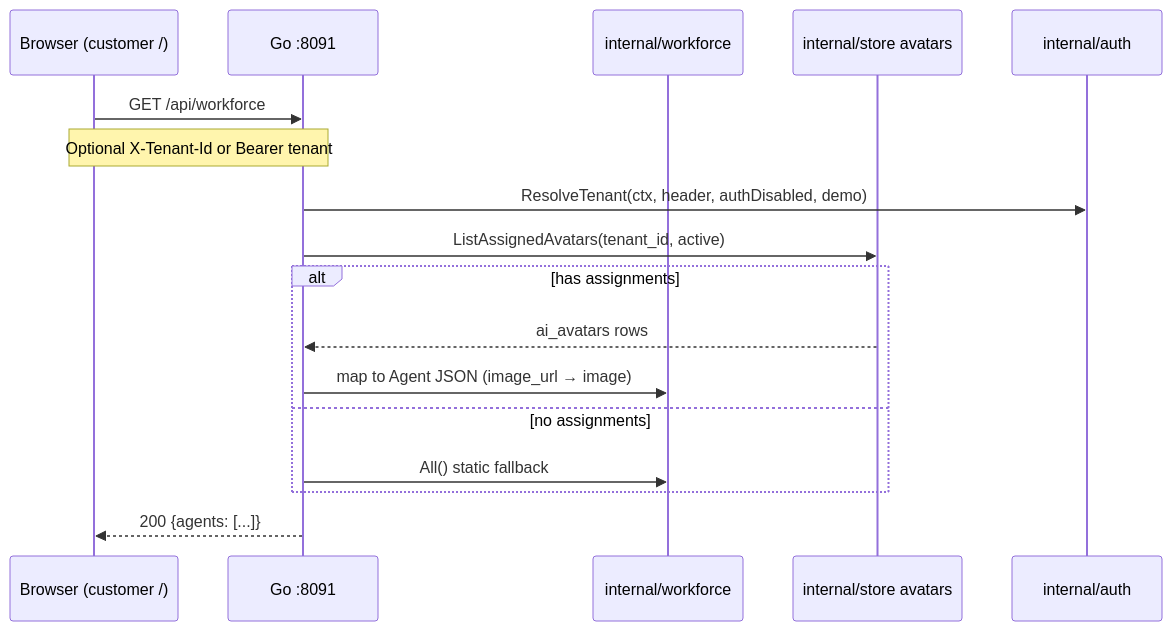
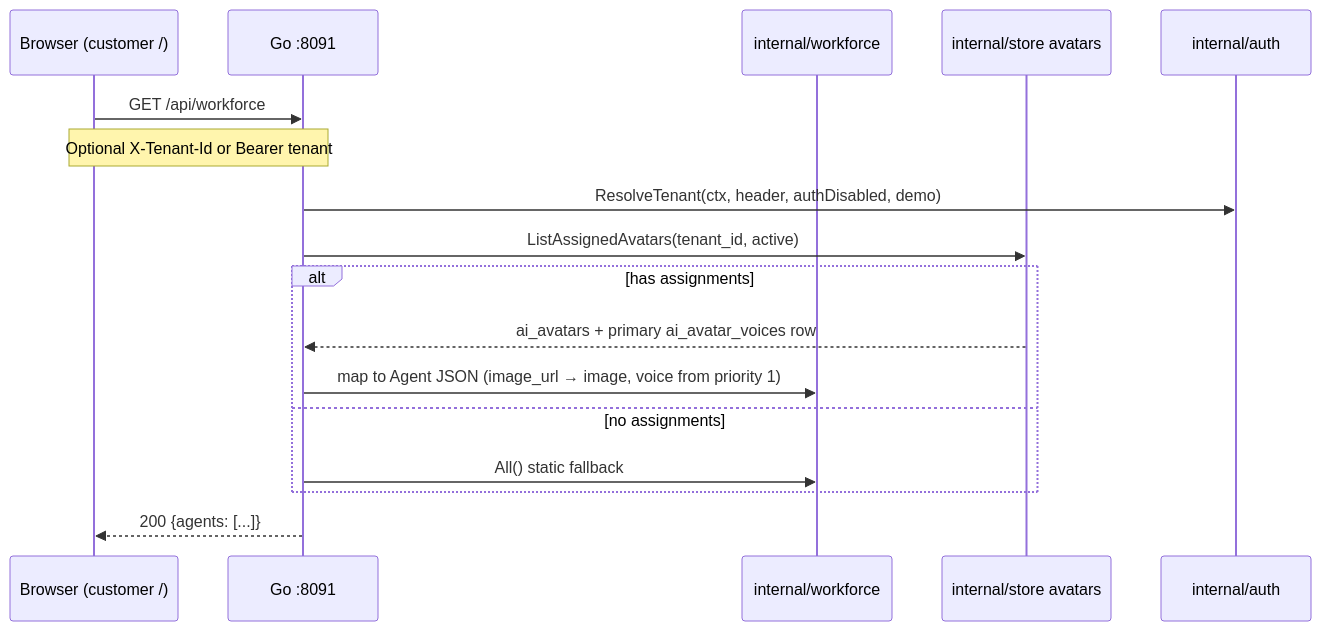
One commit to apaichon/monti-jarvis changed diagram 16 of 16 in docs/sdlc/02-design/02-workflow.md. Above: the diagram before and after it, drawn with Mermaid. The commit also changed other lines of this file and 10 other files, not shown here.

First line of the commit message:
docs(sprint-5): multi voice profiles per avatar via ai_avatar_voices

````diff
--- a/docs/sdlc/02-design/02-workflow.md
+++ b/docs/sdlc/02-design/02-workflow.md
@@ -343,20 +343,20 @@
 ```mermaid
 sequenceDiagram
   participant B as Browser (customer /)
   participant G as Go :8091
   participant W as internal/workforce
   participant S as internal/store avatars
   participant A as internal/auth
 
   B->>G: GET /api/workforce
   Note over B,G: Optional X-Tenant-Id or Bearer tenant
   G->>A: ResolveTenant(ctx, header, authDisabled, demo)
   G->>S: ListAssignedAvatars(tenant_id, active)
   alt has assignments
-    S-->>G: ai_avatars rows
-    G->>W: map to Agent JSON (image_url → image)
+    S-->>G: ai_avatars + primary ai_avatar_voices row
+    G->>W: map to Agent JSON (image_url → image, voice from priority 1)
   else no assignments
     G->>W: All() static fallback
   end
   G-->>B: 200 {agents: [...]}
 ```
````
